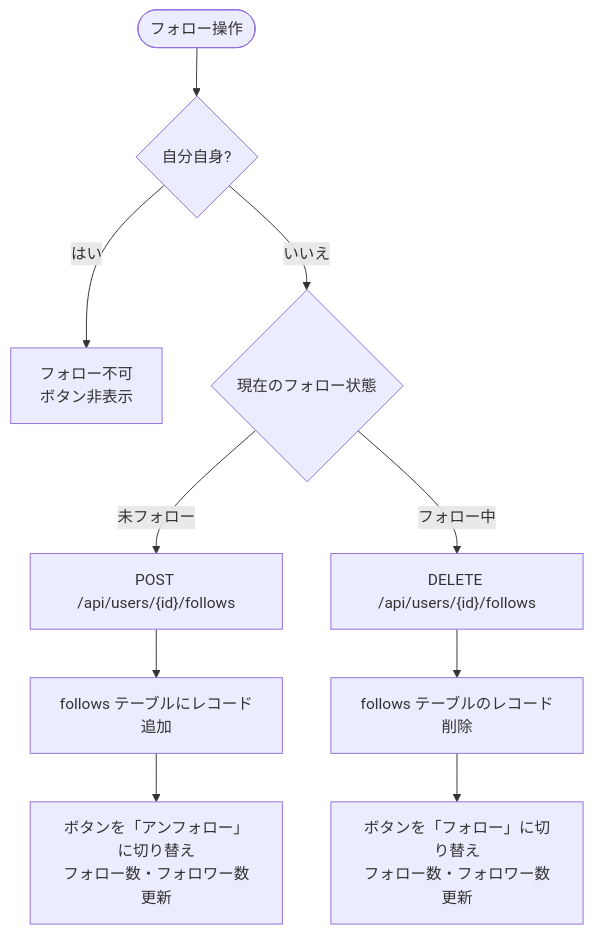
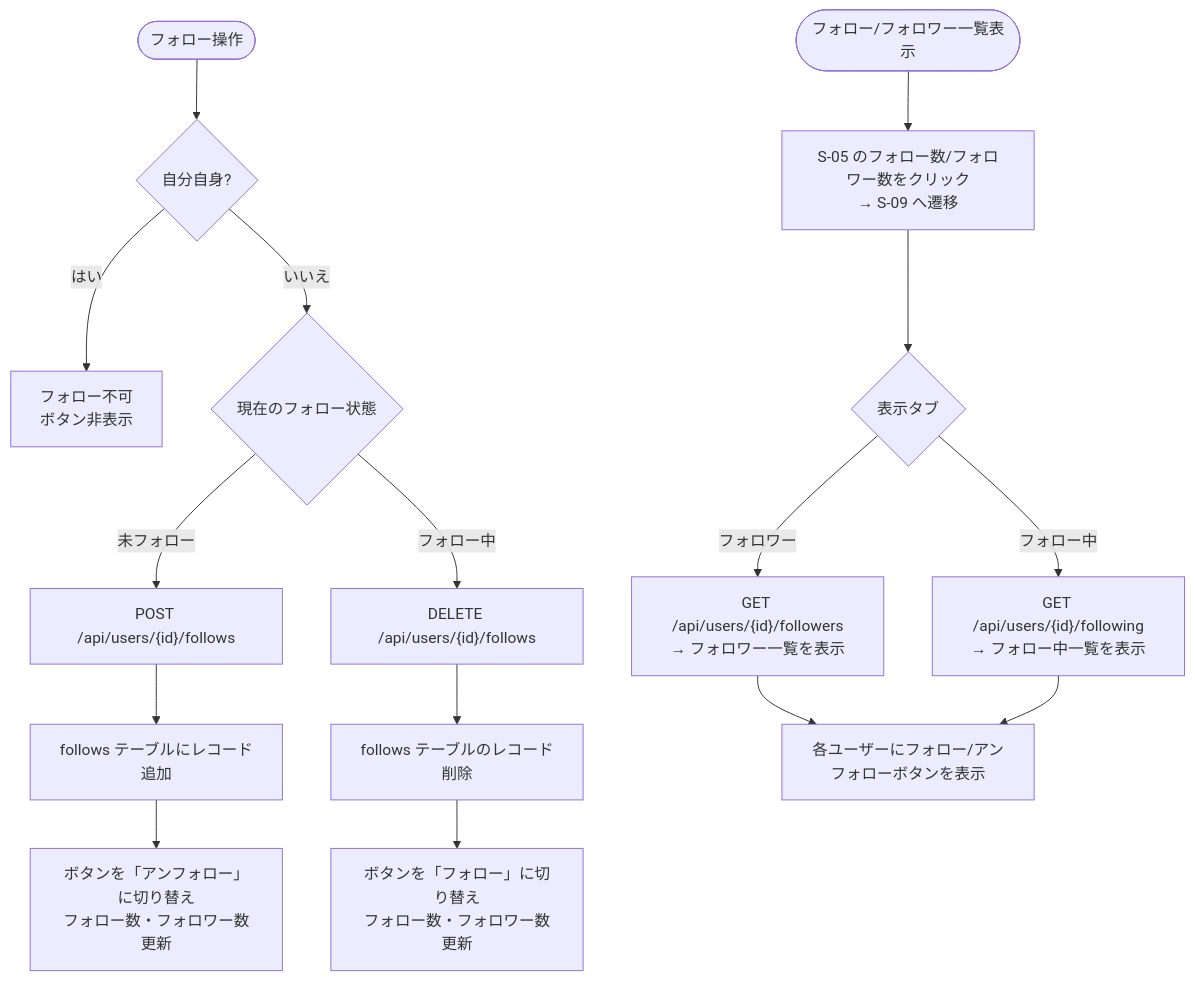
One commit to yamamotonaoki3/RaiseTimeLine changed the diagram in docs/details/features/F06_follow.md. Above: the diagram before and after it, drawn with Mermaid. The commit also changed other lines of this file and 7 other files, not shown here.

````diff
--- a/docs/details/features/F06_follow.md
+++ b/docs/details/features/F06_follow.md
@@ -26,12 +27,19 @@
 ```mermaid
 flowchart TD
     A([フォロー操作]) --> B{自分自身?}
     B -- はい --> C[フォロー不可\nボタン非表示]
     B -- いいえ --> D{現在のフォロー状態}
     D -- 未フォロー --> E["POST /api/users/{id}/follows"]
     E --> F[follows テーブルにレコード追加]
     F --> G[ボタンを「アンフォロー」に切り替え\nフォロー数・フォロワー数更新]
     D -- フォロー中 --> H["DELETE /api/users/{id}/follows"]
     H --> I[follows テーブルのレコード削除]
     I --> J[ボタンを「フォロー」に切り替え\nフォロー数・フォロワー数更新]
+
+    A2([フォロー/フォロワー一覧表示]) --> K["S-05 のフォロー数/フォロワー数をクリック\n→ S-09 へ遷移"]
+    K --> L{表示タブ}
+    L -- フォロワー --> M["GET /api/users/{id}/followers\n→ フォロワー一覧を表示"]
+    L -- フォロー中 --> N["GET /api/users/{id}/following\n→ フォロー中一覧を表示"]
+    M --> O[各ユーザーにフォロー/アンフォローボタンを表示]
+    N --> O
 ```
````
